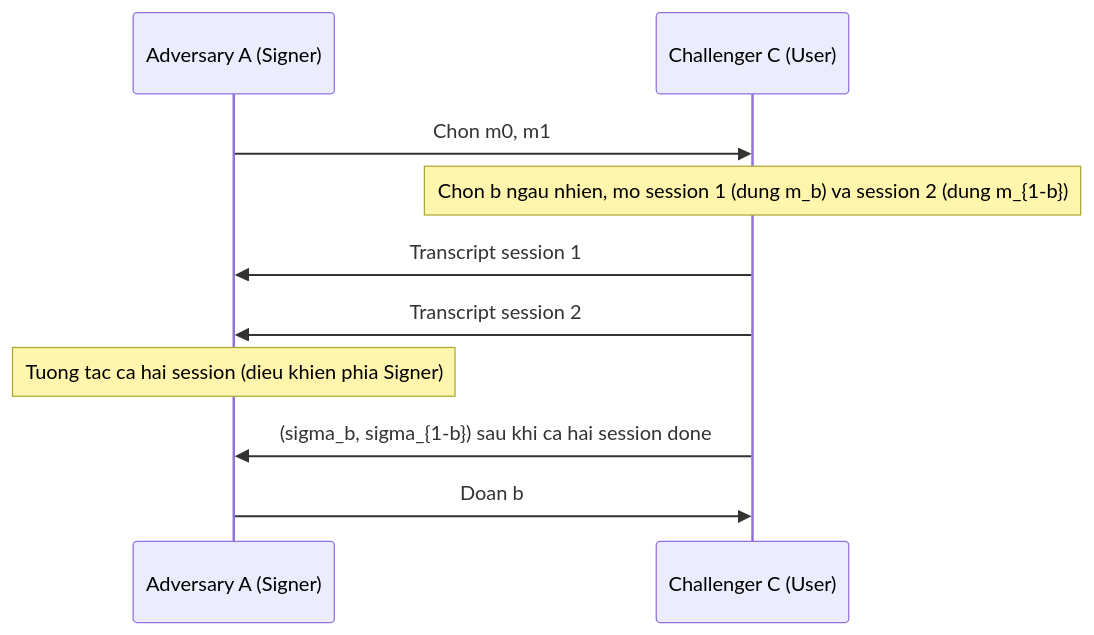
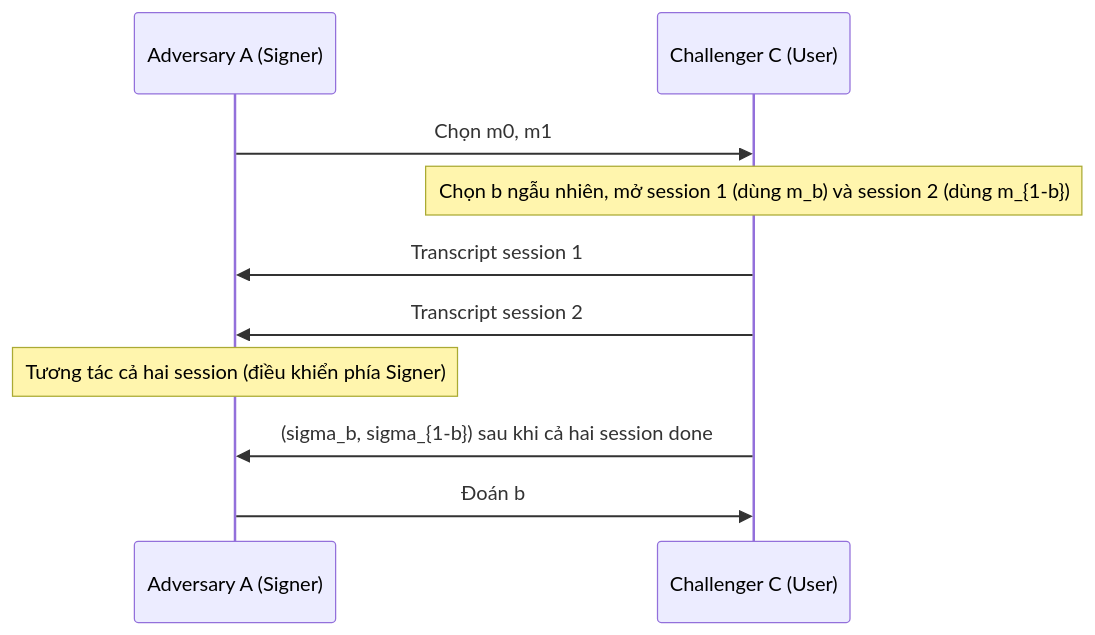
The first of 2 diagrams in content/reference/crypto/blind-signatures/01-blind-signature-definition-security-models.md (nhatminh65537/kitsu-quartz), drawn with Mermaid before and after one commit. The commit also changed other lines of this file and 107 other files, not shown here.

````diff
--- a/content/reference/crypto/blind-signatures/01-blind-signature-definition-security-models.md
+++ b/content/reference/crypto/blind-signatures/01-blind-signature-definition-security-models.md
@@ -105,12 +105,12 @@
 ```mermaid
 sequenceDiagram
     participant A as Adversary A (Signer)
     participant C as Challenger C (User)
-    A->>C: Chon m0, m1
-    Note over C: Chon b ngau nhien, mo session 1 (dung m_b) va session 2 (dung m_{1-b})
+    A->>C: Chọn m0, m1
+    Note over C: Chọn b ngẫu nhiên, mở session 1 (dùng m_b) và session 2 (dùng m_{1-b})
     C->>A: Transcript session 1
     C->>A: Transcript session 2
-    Note over A: Tuong tac ca hai session (dieu khien phia Signer)
-    C->>A: (sigma_b, sigma_{1-b}) sau khi ca hai session done
-    A->>C: Doan b
+    Note over A: Tương tác cả hai session (điều khiển phía Signer)
+    C->>A: (sigma_b, sigma_{1-b}) sau khi cả hai session done
+    A->>C: Đoán b
 ```
````
